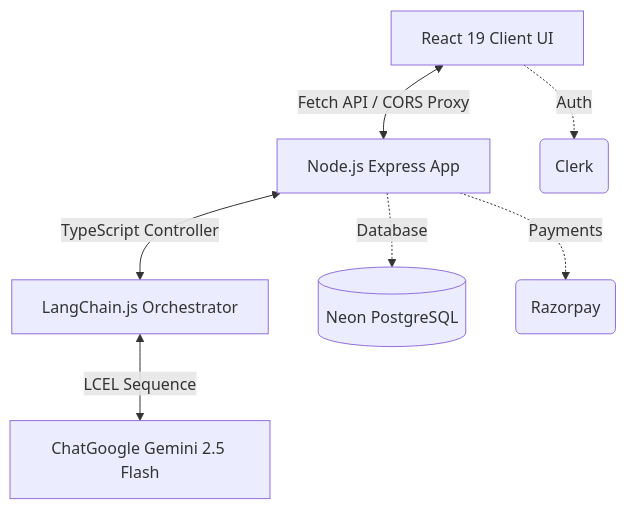
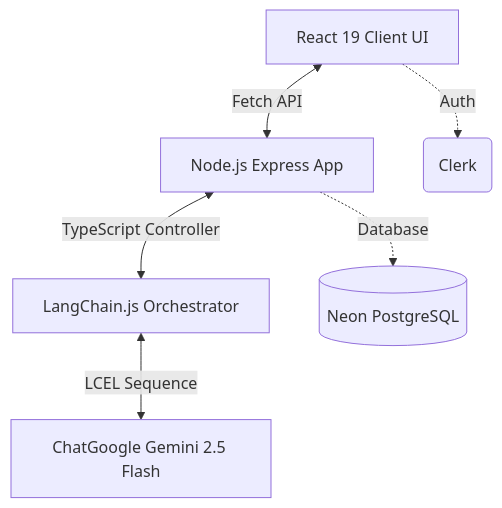
The diagram in README.md (Kishan-Guptaa/InvestAi), drawn with Mermaid before and after one commit. The commit also changed other lines of this file, not shown here.

````diff
--- a/README.md
+++ b/README.md
@@ -71,10 +82,9 @@
 ```mermaid
 graph TD
-    A[React 19 Client UI] <-->|Fetch API / CORS Proxy| B[Node.js Express App]
+    A[React 19 Client UI] <-->|Fetch API| B[Node.js Express App]
     B <-->|TypeScript Controller| C[LangChain.js Orchestrator]
     C <-->|LCEL Sequence| D[ChatGoogle Gemini 2.5 Flash]
     
     A -.->|Auth| E(Clerk)
     B -.->|Database| F[(Neon PostgreSQL)]
-    B -.->|Payments| G(Razorpay)
 ```
````
